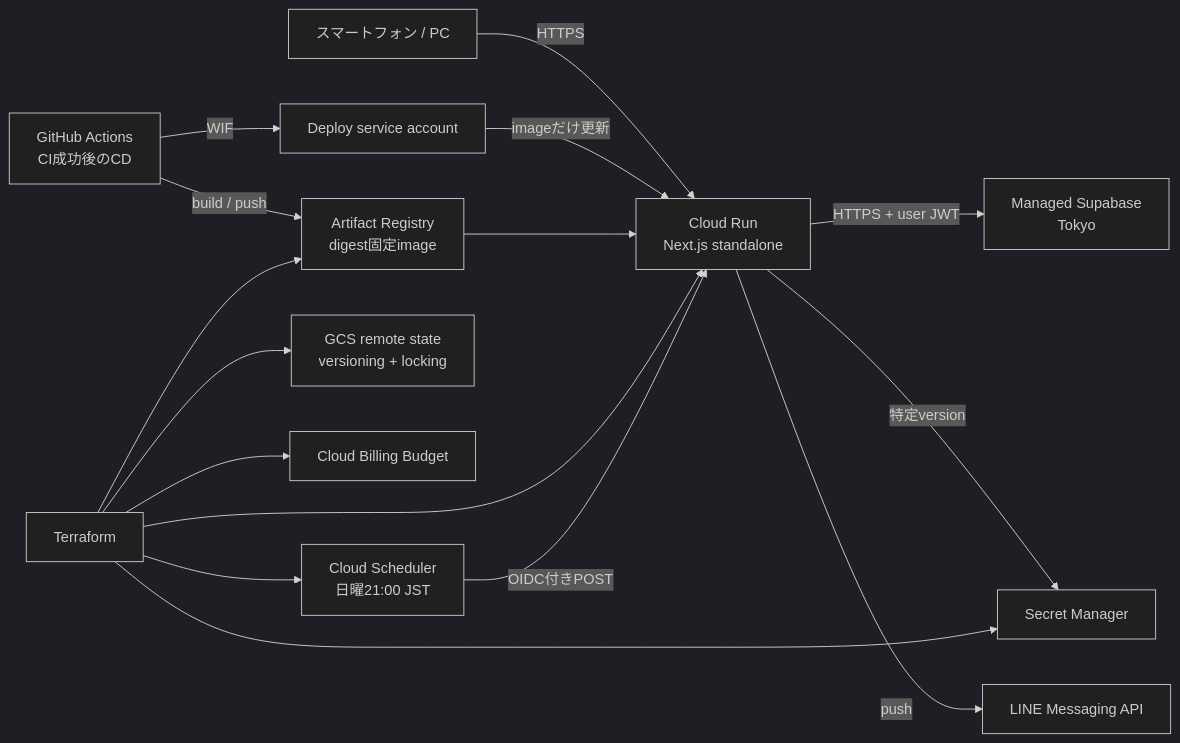
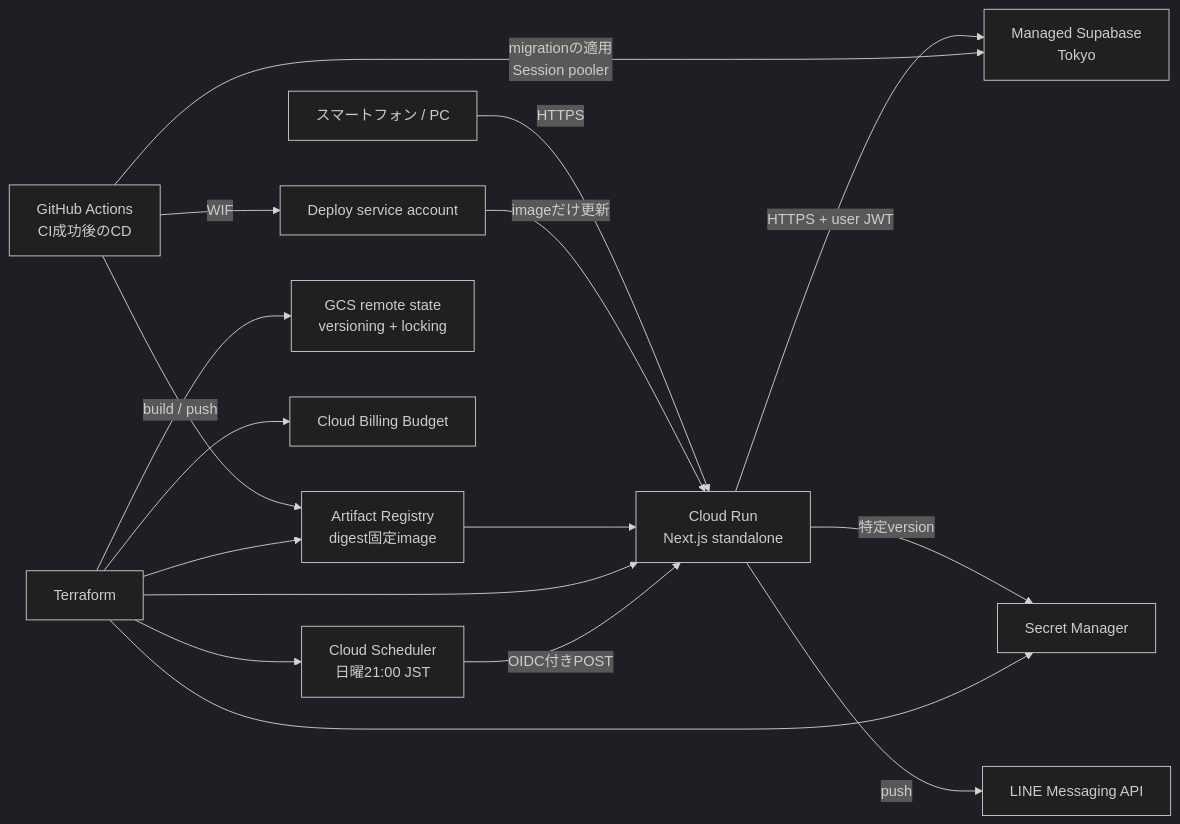
The diagram in specs/11-production-infrastructure.md (ttttai/account-book), drawn with Mermaid (dark theme) before and after one commit. The commit also changed other lines of this file and 10 other files, not shown here.

````diff
--- a/specs/11-production-infrastructure.md
+++ b/specs/11-production-infrastructure.md
@@ -44,18 +52,19 @@
 ```mermaid
 flowchart LR
     U[スマートフォン / PC] -->|HTTPS| CR[Cloud Run<br/>Next.js standalone]
     CR -->|HTTPS + user JWT| SB[Managed Supabase<br/>Tokyo]
     CR -->|特定version| SM[Secret Manager]
     GH[GitHub Actions<br/>CI成功後のCD] -->|WIF| DEPLOY[Deploy service account]
     GH -->|build / push| AR[Artifact Registry<br/>digest固定image]
     DEPLOY -->|imageだけ更新| CR
+    GH -->|migrationの適用<br/>Session pooler| SB
     AR --> CR
     TF[Terraform] --> GCS[GCS remote state<br/>versioning + locking]
     TF --> AR
     TF --> SM
     TF --> CR
     TF --> BUDGET[Cloud Billing Budget]
     TF --> SCH[Cloud Scheduler<br/>日曜21:00 JST]
     SCH -->|OIDC付きPOST| CR
     CR -->|push| LINE[LINE Messaging API]
 ```
````
